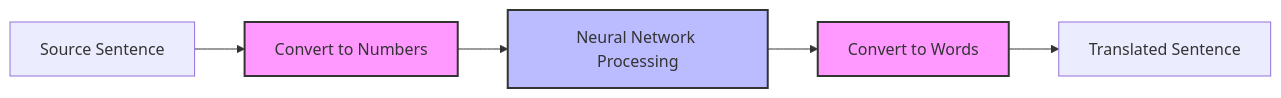
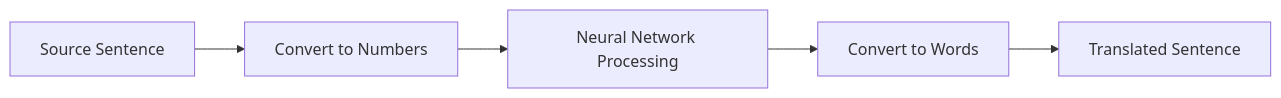
One commit to Shaddix/mostlylucidweb changed the first of 15 diagrams in Mostlylucid/Markdown/how-neural-machine-translation-works.md. Above: the diagram before and after it, drawn with Mermaid. The commit also changed other lines of this file and 7 other files, not shown here.

````diff
--- a/Mostlylucid/Markdown/how-neural-machine-translation-works.md
+++ b/Mostlylucid/Markdown/how-neural-machine-translation-works.md
@@ -27,11 +31,8 @@
 ```mermaid
 graph LR
     A[Source Sentence] --> B[Convert to Numbers]
     B --> C[Neural Network Processing]
     C --> D[Convert to Words]
     D --> E[Translated Sentence]
 
-    style B fill:#f9f,stroke:#333,stroke-width:2px
-    style C fill:#bbf,stroke:#333,stroke-width:2px
-    style D fill:#f9f,stroke:#333,stroke-width:2px
 ```
````
